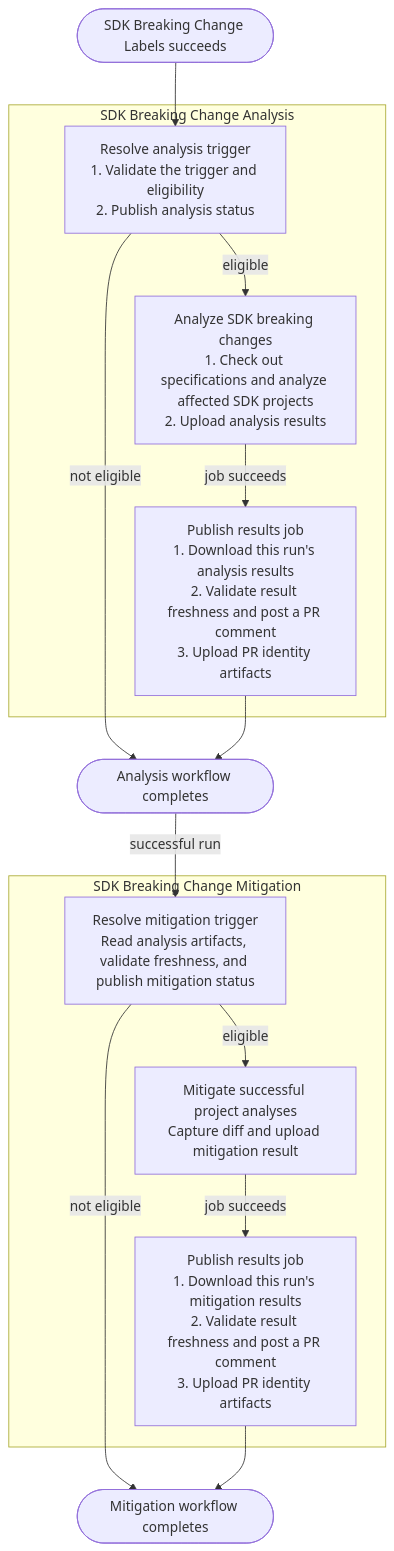
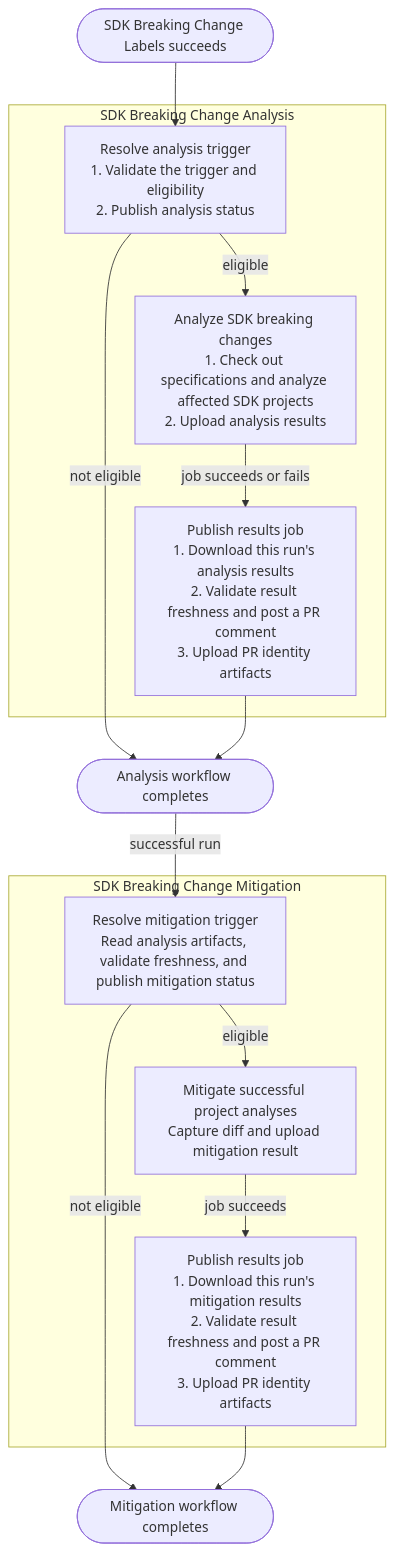
The diagram in .github/workflows/src/sdk-breaking-change/README.md (Azure/azure-rest-api-specs), drawn with Mermaid before and after one commit. The commit also changed other lines of this file and 2 other files, not shown here.

````diff
--- a/.github/workflows/src/sdk-breaking-change/README.md
+++ b/.github/workflows/src/sdk-breaking-change/README.md
@@ -22,28 +22,28 @@
 ```mermaid
 flowchart TD
   L([SDK Breaking Change Labels succeeds])
 
   subgraph A["SDK Breaking Change Analysis"]
     AG["Resolve analysis trigger<br/>1. Validate the trigger and eligibility<br/>2. Publish analysis status"]
     AC["Analyze SDK breaking changes<br/>1. Check out specifications and analyze affected SDK projects<br/>2. Upload analysis results"]
     AP["Publish results job<br/>1. Download this run's analysis results<br/>2. Validate result freshness and post a PR comment<br/>3. Upload PR identity artifacts"]
     AG -->|"eligible"| AC
-    AC -->|"job succeeds"| AP
+    AC -->|"job succeeds or fails"| AP
   end
 
   L --> AG
   AG -->|"not eligible"| AD([Analysis workflow completes])
   AP --> AD
 
   subgraph M["SDK Breaking Change Mitigation"]
     MG["Resolve mitigation trigger<br/>Read analysis artifacts, validate freshness, and publish mitigation status"]
     MC["Mitigate successful project analyses<br/>Capture diff and upload mitigation result"]
     MP["Publish results job<br/>1. Download this run's mitigation results<br/>2. Validate result freshness and post a PR comment<br/>3. Upload PR identity artifacts"]
     MG -->|"eligible"| MC
     MC -->|"job succeeds"| MP
   end
 
   AD -->|"successful run"| MG
   MG -->|"not eligible"| MD([Mitigation workflow completes])
   MP --> MD
 ```
````
